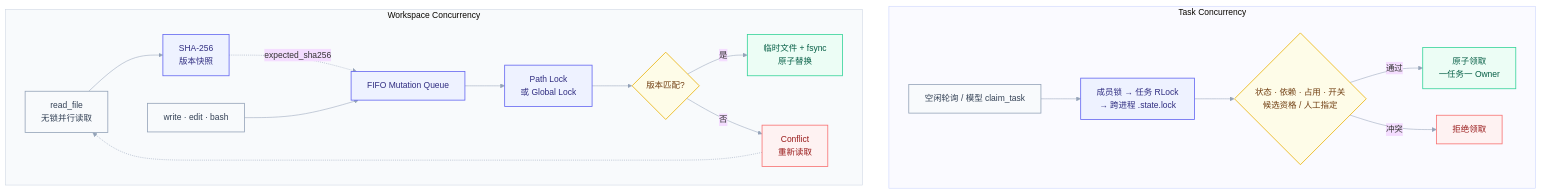
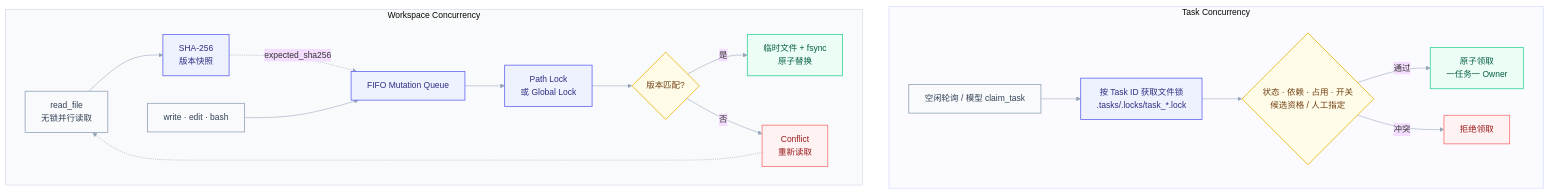
The third of 6 diagrams in README.md (zzjzzjzzj423/gugugaga-Agent), drawn with Mermaid before and after one commit. The commit also changed other lines of this file and 9 other files, not shown here.

````diff
--- a/README.md
+++ b/README.md
@@ -116,38 +116,38 @@
 ```mermaid
 %%{init: {"theme":"base","themeVariables":{"fontFamily":"Inter, Segoe UI, Microsoft YaHei","lineColor":"#94A3B8","clusterBkg":"#F8FAFC","clusterBorder":"#E2E8F0"}}}%%
 flowchart TB
     subgraph TASKS["Task Concurrency"]
         direction LR
-        TR["空闲轮询 / 模型 claim_task"] --> TL["成员锁 → 任务 RLock<br/>→ 跨进程 .state.lock"]
+        TR["空闲轮询 / 模型 claim_task"] --> TL["按 Task ID 获取文件锁<br/>.tasks/.locks/task_*.lock"]
         TL --> TV{"状态 · 依赖 · 占用 · 开关<br/>候选资格 / 人工指定"}
         TV -->|"通过"| TO["原子领取<br/>一任务一 Owner"]
         TV -->|"冲突"| TX["拒绝领取"]
     end
 
     subgraph FILES["Workspace Concurrency"]
         direction LR
         FR["read_file<br/>无锁并行读取"] --> FH["SHA-256<br/>版本快照"]
         FH -.->|"expected_sha256"| FQ["FIFO Mutation Queue"]
         FW["write · edit · bash"] --> FQ
         FQ --> FL["Path Lock<br/>或 Global Lock"]
         FL --> FC{"版本匹配?"}
         FC -->|"是"| FA["临时文件 + fsync<br/>原子替换"]
         FC -->|"否"| RR["Conflict<br/>重新读取"]
         RR -.-> FR
     end
 
     classDef source fill:#F8FAFC,stroke:#94A3B8,color:#334155,stroke-width:1.5px;
     classDef lock fill:#EEF2FF,stroke:#6366F1,color:#312E81,stroke-width:1.5px;
     classDef decision fill:#FEFCE8,stroke:#EAB308,color:#713F12,stroke-width:1.5px;
     classDef success fill:#ECFDF5,stroke:#34D399,color:#065F46,stroke-width:1.5px;
     classDef conflict fill:#FEF2F2,stroke:#F87171,color:#991B1B,stroke-width:1.5px;
 
     class TR,FR,FW source;
     class TL,FH,FQ,FL lock;
     class TV,FC decision;
     class TO,FA success;
     class TX,RR conflict;
 
     style TASKS fill:#FAFAFF,stroke:#C7D2FE,stroke-width:1px
     style FILES fill:#F8FAFC,stroke:#CBD5E1,stroke-width:1px
 ```
````
